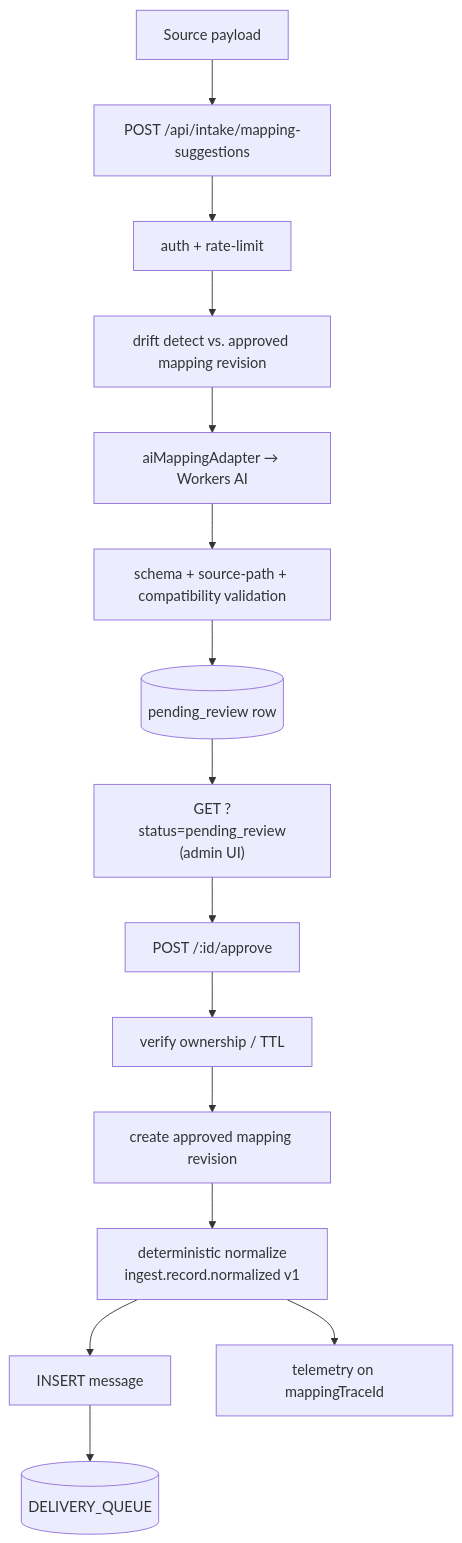
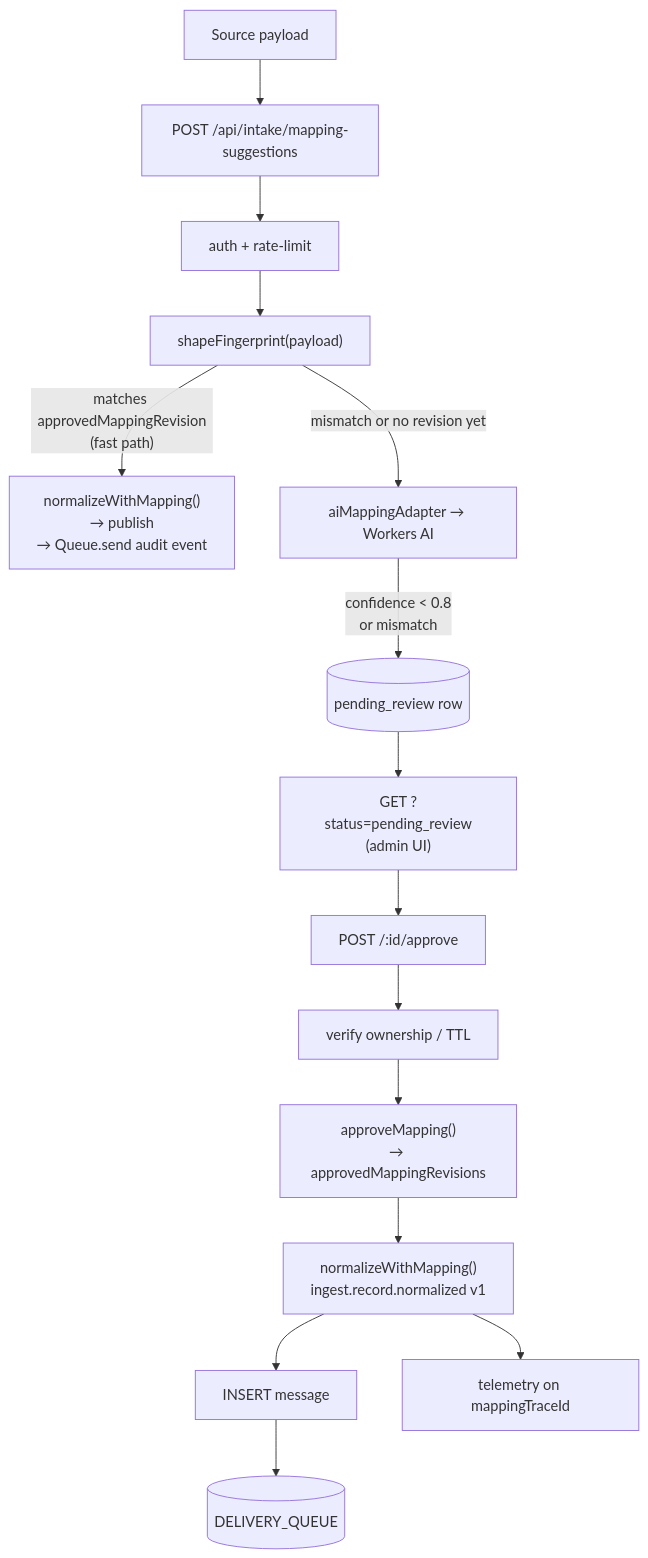
One commit to ozby/ingest-lens changed the first of 4 diagrams in docs/architecture.md. Above: the diagram before and after it, drawn with Mermaid. The commit also changed other lines of this file and 1 other file, not shown here.

First line of the commit message:
docs(arch): add self-healing adaptive intake diagrams to architecture docs

````diff
--- a/docs/architecture.md
+++ b/docs/architecture.md
@@ -70,16 +70,16 @@
 ```mermaid
 flowchart TD
   P[Source payload] --> S["POST /api/intake/mapping-suggestions"]
   S --> AUTH[auth + rate-limit]
-  AUTH --> DRIFT[drift detect vs. approved mapping revision]
-  DRIFT --> ADP[aiMappingAdapter → Workers AI]
-  ADP --> V[schema + source-path + compatibility validation]
-  V --> PR[(pending_review row)]
+  AUTH --> SFP["shapeFingerprint(payload)"]
+  SFP -->|"matches approvedMappingRevision<br/>(fast path)"| FAST["normalizeWithMapping()<br/>→ publish<br/>→ Queue.send audit event"]
+  SFP -->|"mismatch or no revision yet"| ADP["aiMappingAdapter → Workers AI"]
+  ADP -->|"confidence < 0.8<br/>or mismatch"| PR[(pending_review row)]
   PR --> REV["GET ?status=pending_review<br/>(admin UI)"]
   REV --> APR["POST /:id/approve"]
   APR --> OWN[verify ownership / TTL]
-  OWN --> REVN[create approved mapping revision]
-  REVN --> NORM[deterministic normalize<br/>ingest.record.normalized v1]
+  OWN --> REVN["approveMapping()<br/>→ approvedMappingRevisions"]
+  REVN --> NORM["normalizeWithMapping()<br/>ingest.record.normalized v1"]
   NORM --> MSG[INSERT message] --> DQ[(DELIVERY_QUEUE)]
   NORM --> TEL[telemetry on mappingTraceId]
 ```
````
